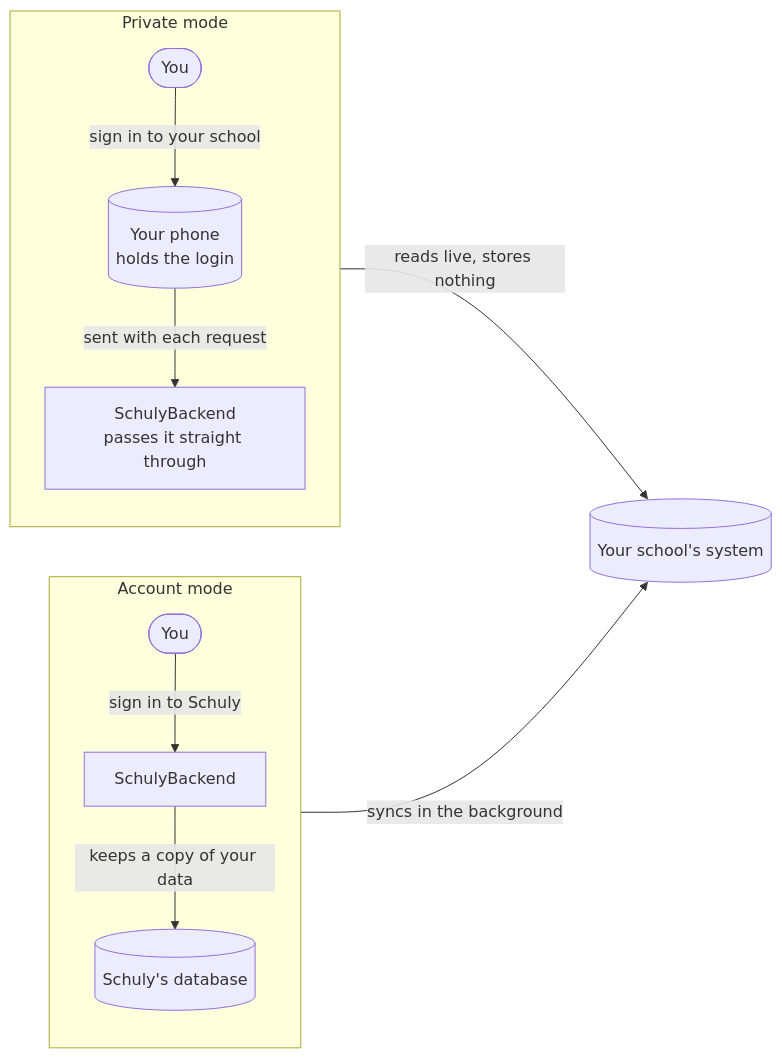
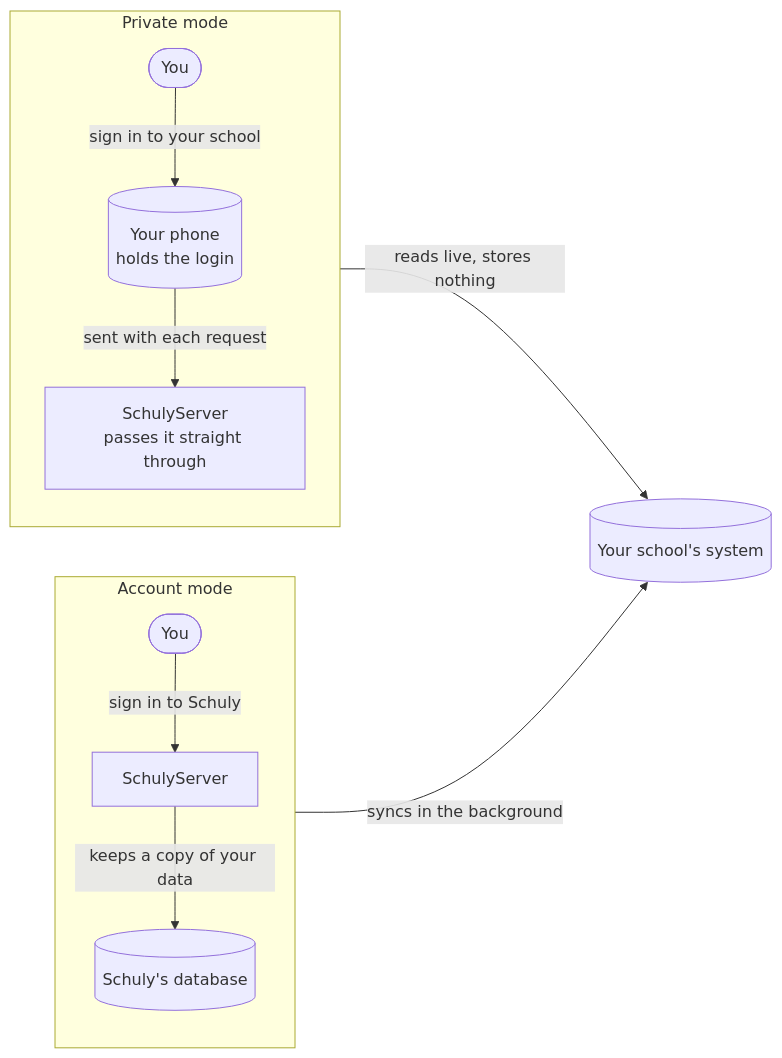
Before and after one commit to schulydev/SchulyDocs: the diagram in docs/Schuly/architecture-modes.md, drawn with Mermaid. The commit also changed 78 other files, not shown here.

Commit message:
Renamed SchulyBackend section to SchulyServer (#76)

````diff
--- a/docs/Schuly/architecture-modes.md
+++ b/docs/Schuly/architecture-modes.md
@@ -11,18 +11,18 @@
 ```mermaid
 flowchart LR
   subgraph account["Account mode"]
     direction TB
-    AU(["You"]) -->|"sign in to Schuly"| AB["SchulyBackend"]
+    AU(["You"]) -->|"sign in to Schuly"| AB["SchulyServer"]
     AB -->|"keeps a copy of your data"| ADB[("Schuly's database")]
   end
 
   subgraph private["Private mode"]
     direction TB
     PU(["You"]) -->|"sign in to your school"| PP[("Your phone<br/>holds the login")]
-    PP -->|"sent with each request"| PB["SchulyBackend<br/>passes it straight through"]
+    PP -->|"sent with each request"| PB["SchulyServer<br/>passes it straight through"]
   end
 
   School[("Your school's system")]
   AB -->|"syncs in the background"| School
   PB -->|"reads live, stores nothing"| School
 ```
````
